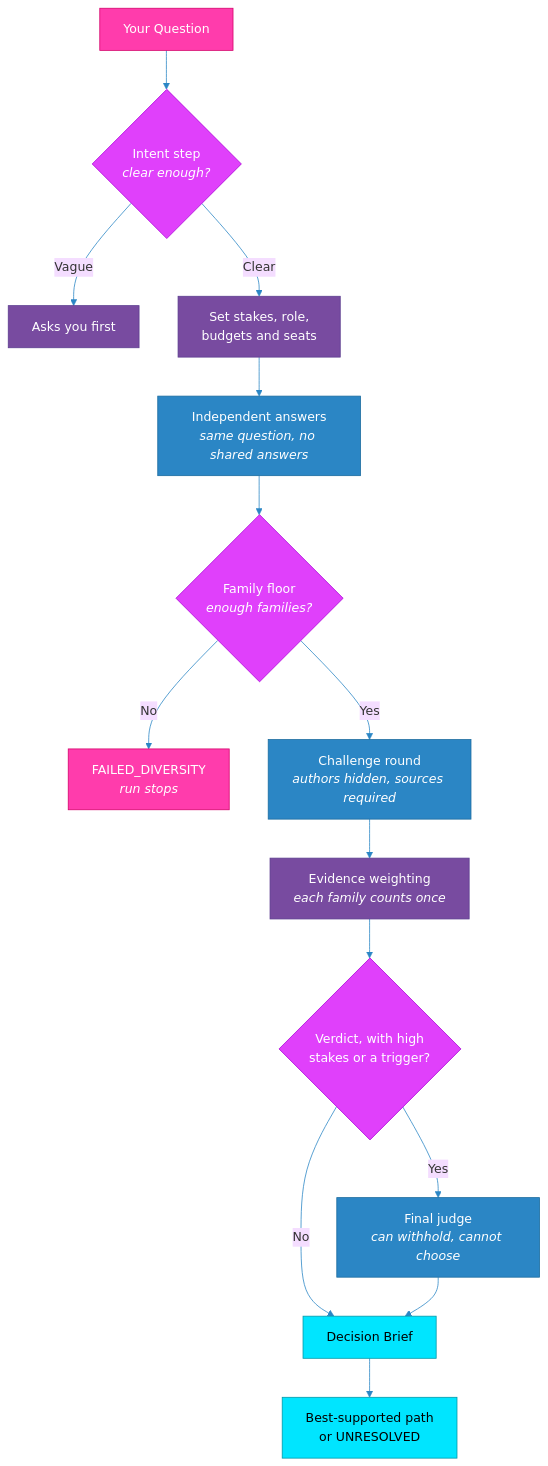
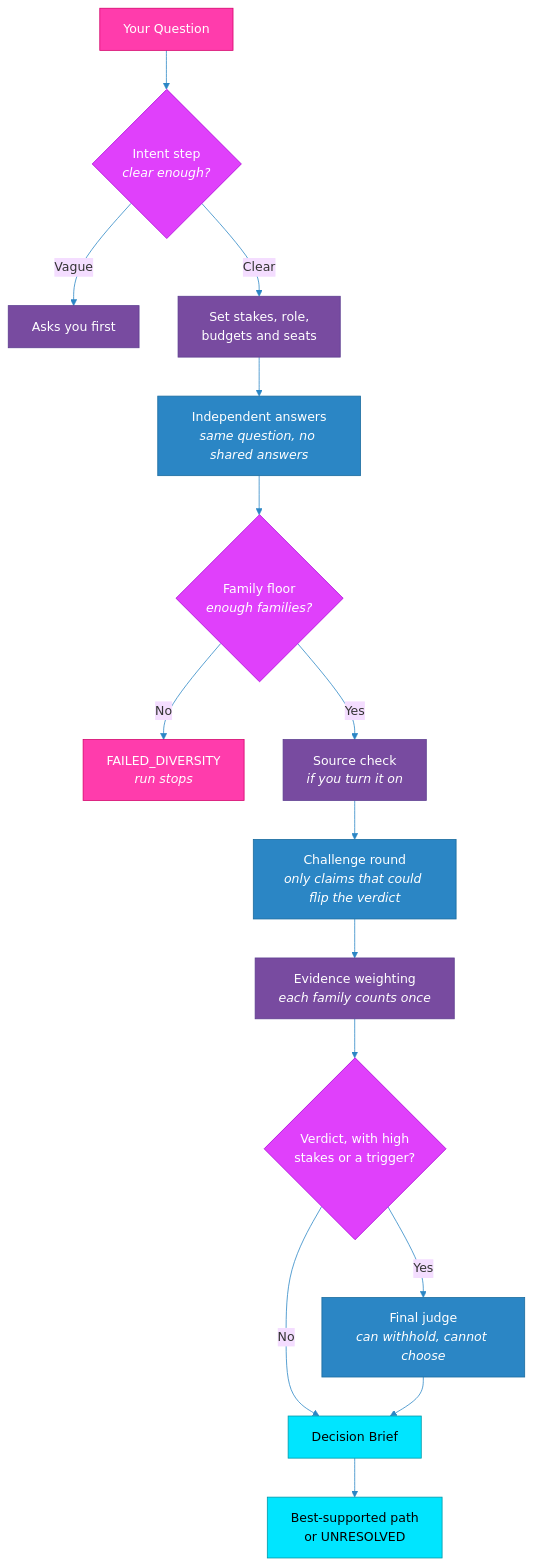
One commit to qinnovates/quorum changed the first of 12 diagrams in README.md. Above: the diagram before and after it, drawn with Mermaid. The commit also changed other lines of this file and 72 other files, not shown here.

````diff
--- a/README.md
+++ b/README.md
@@ -46,31 +73,33 @@
 ```mermaid
 %%{init: {'theme': 'base', 'themeVariables': {'lineColor': '#2B86C5', 'background': '#0d1117'}}}%%
 graph TD
     Q["Your Question"] --> IN{"Intent step<br/><i>clear enough?</i>"}
     IN -->|"Vague"| ASK["Asks you first"]
     IN -->|"Clear"| PLAN["Set stakes, role,<br/>budgets and seats"]
     PLAN --> P1["Independent answers<br/><i>same question, no shared answers</i>"]
     P1 --> GATE{"Family floor<br/><i>enough families?</i>"}
     GATE -->|"No"| FAIL["FAILED_DIVERSITY<br/><i>run stops</i>"]
-    GATE -->|"Yes"| CH["Challenge round<br/><i>authors hidden, sources required</i>"]
+    GATE -->|"Yes"| SRC["Source check<br/><i>if you turn it on</i>"]
+    SRC --> CH["Challenge round<br/><i>only claims that could flip the verdict</i>"]
     CH --> W["Evidence weighting<br/><i>each family counts once</i>"]
     W --> TRIG{"Verdict, with high<br/>stakes or a trigger?"}
     TRIG -->|"Yes"| J["Final judge<br/><i>can withhold, cannot choose</i>"]
     TRIG -->|"No"| B["Decision Brief"]
     J --> B
     B --> OUT["Best-supported path<br/>or UNRESOLVED"]
 
     style Q fill:#FF3CAC,stroke:#D4006A,color:#fff
     style IN fill:#E040FB,stroke:#AB00D9,color:#fff
     style ASK fill:#784BA0,stroke:#5C3D8F,color:#fff
     style PLAN fill:#784BA0,stroke:#5C3D8F,color:#fff
     style P1 fill:#2B86C5,stroke:#1A6B9E,color:#fff
     style GATE fill:#E040FB,stroke:#AB00D9,color:#fff
     style FAIL fill:#FF3CAC,stroke:#D4006A,color:#fff
+    style SRC fill:#784BA0,stroke:#5C3D8F,color:#fff
     style CH fill:#2B86C5,stroke:#1A6B9E,color:#fff
     style W fill:#784BA0,stroke:#5C3D8F,color:#fff
     style TRIG fill:#E040FB,stroke:#AB00D9,color:#fff
     style J fill:#2B86C5,stroke:#1A6B9E,color:#fff
     style B fill:#00E5FF,stroke:#0097A7,color:#000
     style OUT fill:#00E5FF,stroke:#0097A7,color:#000
 ```
````
